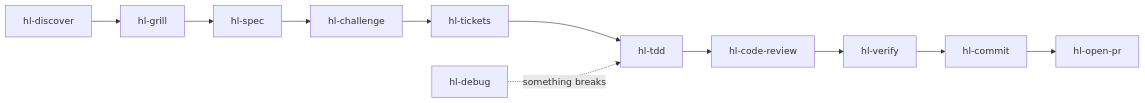
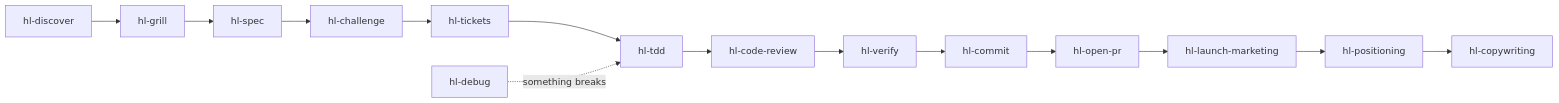
Before and after one commit to HugoLopes45/hl-skills: the diagram in README.md, drawn with Mermaid. The commit also changed other lines of this file and 148 other files, not shown here.

````diff
--- a/README.md
+++ b/README.md
@@ -63,5 +203,6 @@
 ```mermaid
 flowchart LR
   discover["hl-discover"] --> grill["hl-grill"] --> spec["hl-spec"] --> challenge["hl-challenge"] --> tickets["hl-tickets"] --> tdd["hl-tdd"] --> review["hl-code-review"] --> verify["hl-verify"] --> commit["hl-commit"] --> pr["hl-open-pr"]
+  pr --> launch["hl-launch-marketing"] --> positioning["hl-positioning"] --> copy["hl-copywriting"]
   debug["hl-debug"] -. "something breaks" .-> tdd
 ```
````
